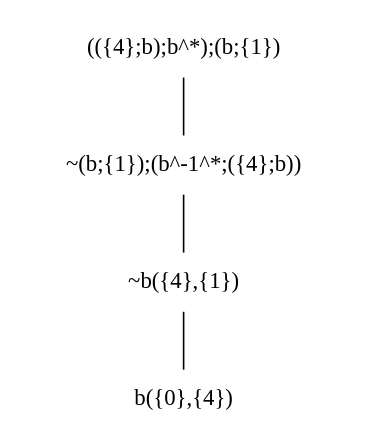
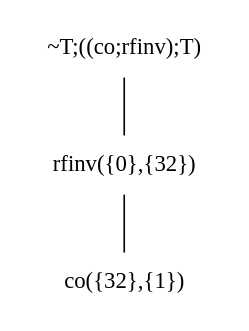
The diagram in output/infinite-debug.dot (jangreen/rat), drawn with Graphviz before and after one commit. The commit also changed 32 other files, not shown here.

```diff
--- a/output/infinite-debug.dot
+++ b/output/infinite-debug.dot
@@ -1,10 +1,8 @@
 graph {
 node[shape="plaintext"]
-N0x14aa11b70[label="(({4};b);b^*);(b;{1})"];
-N0x14aa11e80[label="~(b;{1});(b^-1^*;({4};b))"];
-N0x14aa127d0[label="~b({4},{1})"];
-N0x14aa10ff0[label="b({0},{4})"];
-N0x14aa127d0 -- N0x14aa10ff0;
-N0x14aa11e80 -- N0x14aa127d0;
-N0x14aa11b70 -- N0x14aa11e80;
+N0x14b696630[label="~T;((co;rfinv);T)"];
+N0x14b696520[label="rfinv({0},{32})"];
+N0x14b6965f0[label="co({32},{1})"];
+N0x14b696520 -- N0x14b6965f0;
+N0x14b696630 -- N0x14b696520;
 }
```
